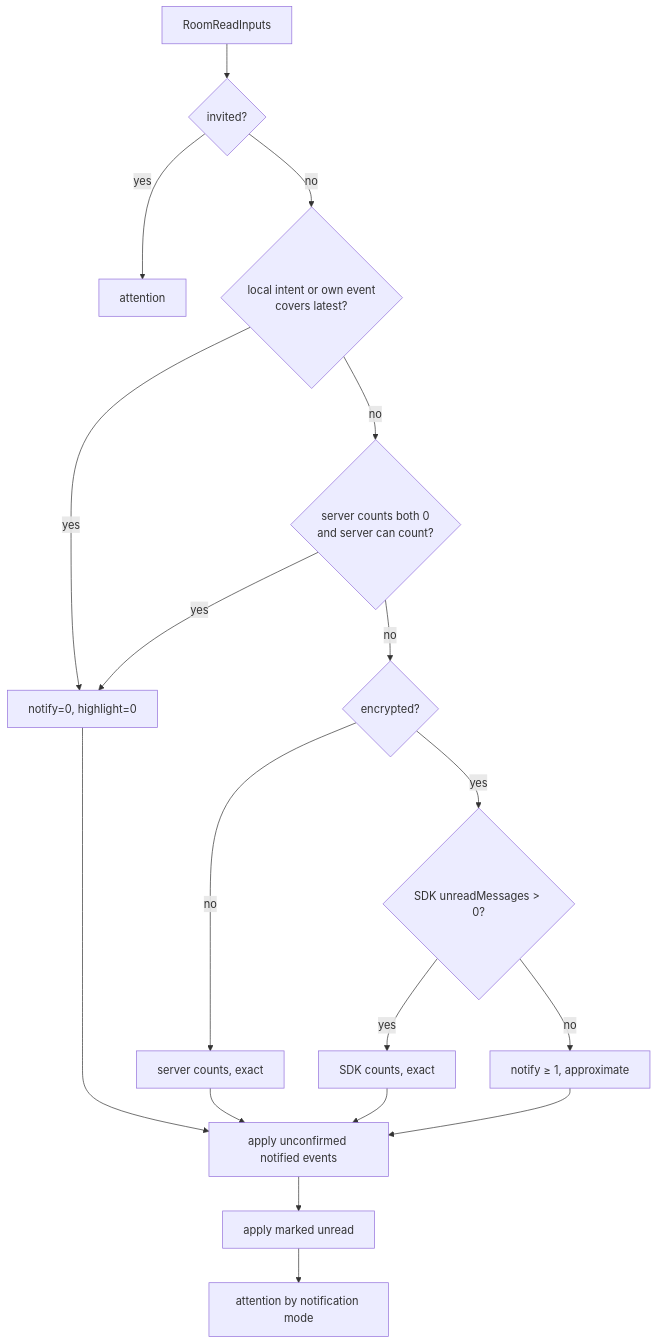
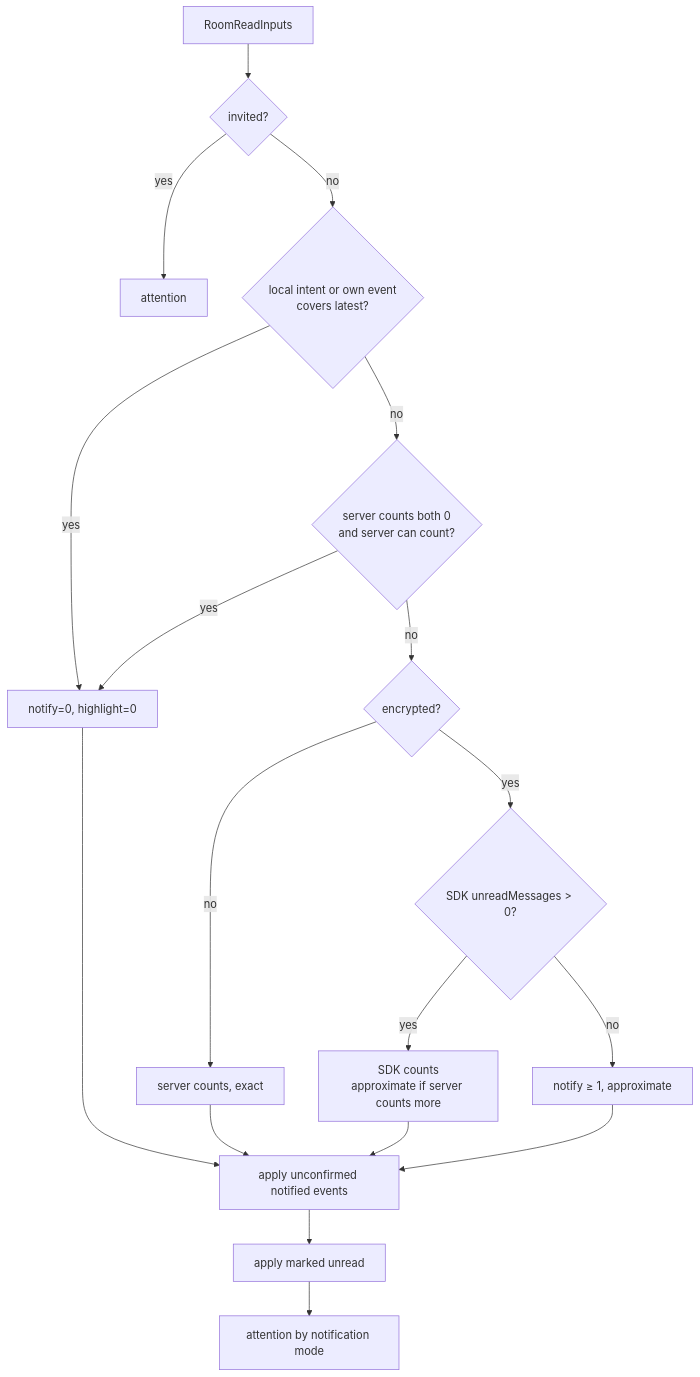
One commit to evan1ee/halo changed the first of 2 diagrams in docs/matrix/UNREAD_STATE.md. Above: the diagram before and after it, drawn with Mermaid. The commit also changed other lines of this file and 13 other files, not shown here.

````diff
--- a/docs/matrix/UNREAD_STATE.md
+++ b/docs/matrix/UNREAD_STATE.md
@@ -119,20 +140,20 @@
 ```mermaid
 flowchart TD
   S[RoomReadInputs] --> I{invited?}
   I -- yes --> ATT[attention]
   I -- no --> E1{local intent or own event<br/>covers latest?}
   E1 -- yes --> Z[notify=0, highlight=0]
   E1 -- no --> E2{server counts both 0<br/>and server can count?}
   E2 -- yes --> Z
   E2 -- no --> ENC{encrypted?}
   ENC -- no --> SC[server counts, exact]
   ENC -- yes --> SAW{SDK unreadMessages > 0?}
-  SAW -- yes --> SDKC[SDK counts, exact]
+  SAW -- yes --> SDKC[SDK counts<br/>approximate if server counts more]
   SAW -- no --> BLIND[notify ≥ 1, approximate]
   Z --> E4
   SC --> E4
   SDKC --> E4
   BLIND --> E4
   E4[apply unconfirmed notified events] --> E5[apply marked unread]
   E5 --> MODE[attention by notification mode]
 ```
````
